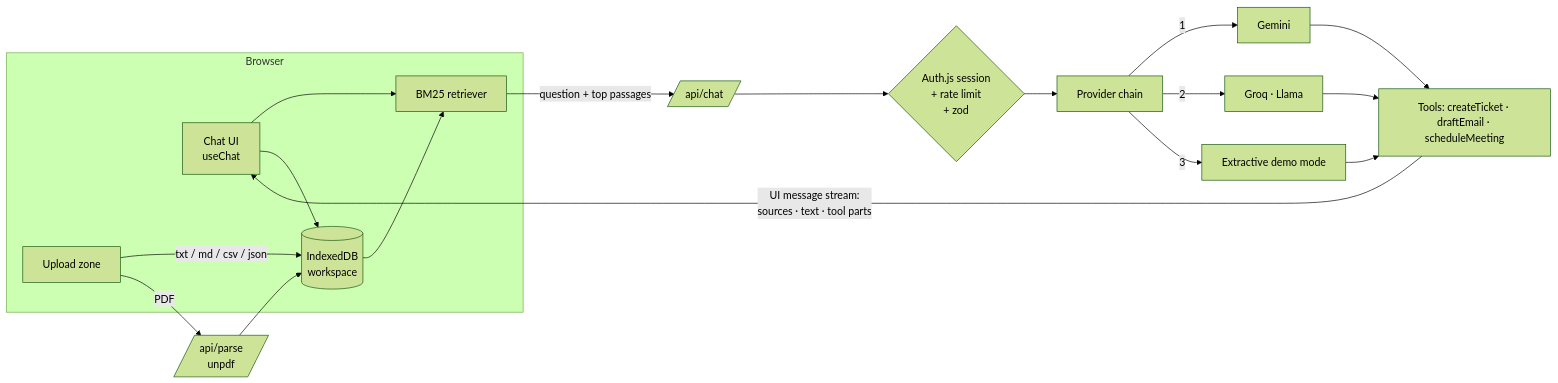
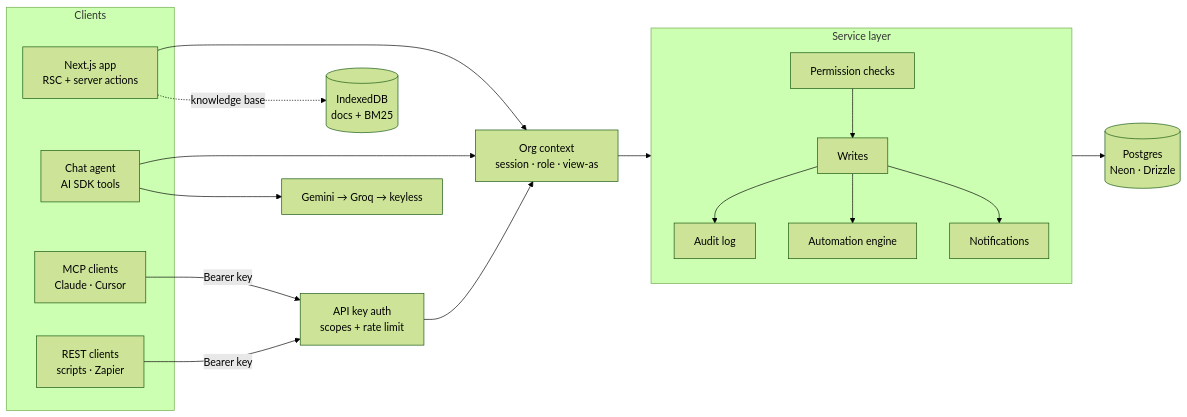
The diagram in README.md (itx-Champion/lumora), drawn with Mermaid (forest theme) before and after one commit. The commit also changed other lines of this file and 110 other files, not shown here.

First line of the commit message:
Add multi-tenant CRM, help desk, team admin, REST API and MCP server

````diff
--- a/README.md
+++ b/README.md
@@ -98,19 +92,24 @@
 ```mermaid
 flowchart LR
-  subgraph Browser
-    UI[Chat UI<br/>useChat] --> R[BM25 retriever]
-    K[(IndexedDB<br/>workspace)] --> R
-    U[Upload zone] -->|txt / md / csv / json| K
+  subgraph Clients
+    UI[Next.js app<br/>RSC + server actions]
+    AG[Chat agent<br/>AI SDK tools]
+    MCP[MCP clients<br/>Claude · Cursor]
+    API[REST clients<br/>scripts · Zapier]
   end
-  U -->|PDF| P[/api/parse<br/>unpdf/]
-  P --> K
-  R -->|question + top passages| C[/api/chat/]
-  C --> A{Auth.js session<br/>+ rate limit<br/>+ zod}
-  A --> F[Provider chain]
-  F -->|1| G[Gemini]
-  F -->|2| Q[Groq · Llama]
-  F -->|3| D[Extractive demo mode]
-  G & Q & D --> T[Tools: createTicket · draftEmail · scheduleMeeting]
-  T -->|UI message stream:<br/>sources · text · tool parts| UI
-  UI --> K
+  UI --> CTX
+  AG --> CTX
+  MCP -->|Bearer key| KEY[API key auth<br/>scopes + rate limit]
+  API -->|Bearer key| KEY
+  KEY --> CTX
+  CTX[Org context<br/>session · role · view-as] --> SVC
+  subgraph SVC[Service layer]
+    P[Permission checks] --> W[Writes]
+    W --> AU[Audit log]
+    W --> AT[Automation engine]
+    W --> N[Notifications]
+  end
+  SVC --> DB[(Postgres<br/>Neon · Drizzle)]
+  AG --> LLM[Gemini → Groq → keyless]
+  UI -.knowledge base.-> IDB[(IndexedDB<br/>docs + BM25)]
 ```
````
